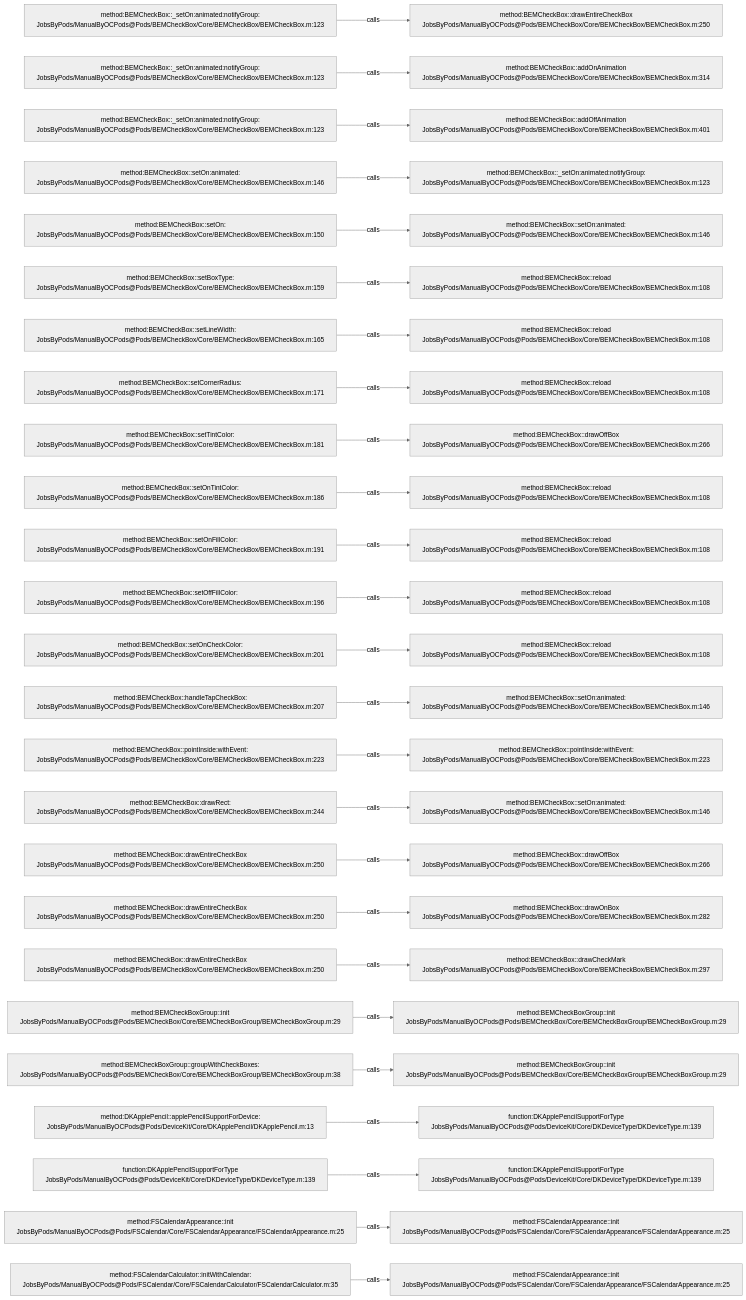
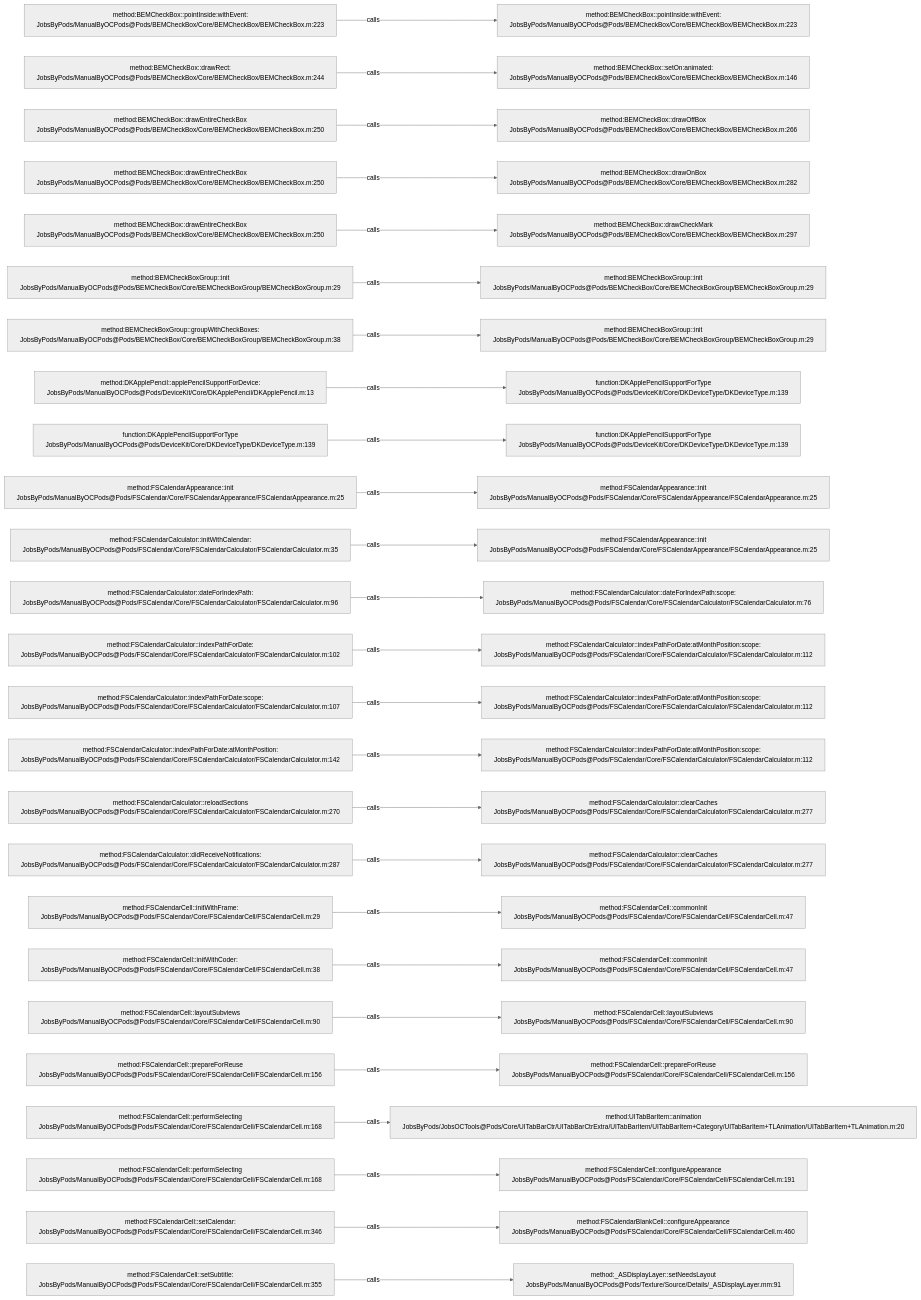
Before and after one commit to JobsKits/JobsOCBaseConfigDemo: the diagram in .codegraph/codegraph.md/graphs/calls-018.md, drawn with Mermaid (neutral theme). The commit also changed 296 other files, not shown here.

````diff
--- a/.codegraph/codegraph.md/graphs/calls-018.md
+++ b/.codegraph/codegraph.md/graphs/calls-018.md
@@ -13,78 +13,78 @@
 ```mermaid
 flowchart LR
-  S1["method:BEMCheckBox::_setOn:animated:notifyGroup:<br/>JobsByPods/ManualByOCPods@Pods/BEMCheckBox/Core/BEMCheckBox/BEMCheckBox.m:123"]
-  T1["method:BEMCheckBox::drawEntireCheckBox<br/>JobsByPods/ManualByOCPods@Pods/BEMCheckBox/Core/BEMCheckBox/BEMCheckBox.m:250"]
+  S1["method:BEMCheckBox::pointInside:withEvent:<br/>JobsByPods/ManualByOCPods@Pods/BEMCheckBox/Core/BEMCheckBox/BEMCheckBox.m:223"]
+  T1["method:BEMCheckBox::pointInside:withEvent:<br/>JobsByPods/ManualByOCPods@Pods/BEMCheckBox/Core/BEMCheckBox/BEMCheckBox.m:223"]
   S1 -->|calls| T1
-  S2["method:BEMCheckBox::_setOn:animated:notifyGroup:<br/>JobsByPods/ManualByOCPods@Pods/BEMCheckBox/Core/BEMCheckBox/BEMCheckBox.m:123"]
-  T2["method:BEMCheckBox::addOnAnimation<br/>JobsByPods/ManualByOCPods@Pods/BEMCheckBox/Core/BEMCheckBox/BEMCheckBox.m:314"]
+  S2["method:BEMCheckBox::drawRect:<br/>JobsByPods/ManualByOCPods@Pods/BEMCheckBox/Core/BEMCheckBox/BEMCheckBox.m:244"]
+  T2["method:BEMCheckBox::setOn:animated:<br/>JobsByPods/ManualByOCPods@Pods/BEMCheckBox/Core/BEMCheckBox/BEMCheckBox.m:146"]
   S2 -->|calls| T2
-  S3["method:BEMCheckBox::_setOn:animated:notifyGroup:<br/>JobsByPods/ManualByOCPods@Pods/BEMCheckBox/Core/BEMCheckBox/BEMCheckBox.m:123"]
-  T3["method:BEMCheckBox::addOffAnimation<br/>JobsByPods/ManualByOCPods@Pods/BEMCheckBox/Core/BEMCheckBox/BEMCheckBox.m:401"]
+  S3["method:BEMCheckBox::drawEntireCheckBox<br/>JobsByPods/ManualByOCPods@Pods/BEMCheckBox/Core/BEMCheckBox/BEMCheckBox.m:250"]
+  T3["method:BEMCheckBox::drawOffBox<br/>JobsByPods/ManualByOCPods@Pods/BEMCheckBox/Core/BEMCheckBox/BEMCheckBox.m:266"]
   S3 -->|calls| T3
-  S4["method:BEMCheckBox::setOn:animated:<br/>JobsByPods/ManualByOCPods@Pods/BEMCheckBox/Core/BEMCheckBox/BEMCheckBox.m:146"]
-  T4["method:BEMCheckBox::_setOn:animated:notifyGroup:<br/>JobsByPods/ManualByOCPods@Pods/BEMCheckBox/Core/BEMCheckBox/BEMCheckBox.m:123"]
+  S4["method:BEMCheckBox::drawEntireCheckBox<br/>JobsByPods/ManualByOCPods@Pods/BEMCheckBox/Core/BEMCheckBox/BEMCheckBox.m:250"]
+  T4["method:BEMCheckBox::drawOnBox<br/>JobsByPods/ManualByOCPods@Pods/BEMCheckBox/Core/BEMCheckBox/BEMCheckBox.m:282"]
   S4 -->|calls| T4
-  S5["method:BEMCheckBox::setOn:<br/>JobsByPods/ManualByOCPods@Pods/BEMCheckBox/Core/BEMCheckBox/BEMCheckBox.m:150"]
-  T5["method:BEMCheckBox::setOn:animated:<br/>JobsByPods/ManualByOCPods@Pods/BEMCheckBox/Core/BEMCheckBox/BEMCheckBox.m:146"]
+  S5["method:BEMCheckBox::drawEntireCheckBox<br/>JobsByPods/ManualByOCPods@Pods/BEMCheckBox/Core/BEMCheckBox/BEMCheckBox.m:250"]
+  T5["method:BEMCheckBox::drawCheckMark<br/>JobsByPods/ManualByOCPods@Pods/BEMCheckBox/Core/BEMCheckBox/BEMCheckBox.m:297"]
   S5 -->|calls| T5
-  S6["method:BEMCheckBox::setBoxType:<br/>JobsByPods/ManualByOCPods@Pods/BEMCheckBox/Core/BEMCheckBox/BEMCheckBox.m:159"]
-  T6["method:BEMCheckBox::reload<br/>JobsByPods/ManualByOCPods@Pods/BEMCheckBox/Core/BEMCheckBox/BEMCheckBox.m:108"]
+  S6["method:BEMCheckBoxGroup::init<br/>JobsByPods/ManualByOCPods@Pods/BEMCheckBox/Core/BEMCheckBoxGroup/BEMCheckBoxGroup.m:29"]
+  T6["method:BEMCheckBoxGroup::init<br/>JobsByPods/ManualByOCPods@Pods/BEMCheckBox/Core/BEMCheckBoxGroup/BEMCheckBoxGroup.m:29"]
   S6 -->|calls| T6
-  S7["method:BEMCheckBox::setLineWidth:<br/>JobsByPods/ManualByOCPods@Pods/BEMCheckBox/Core/BEMCheckBox/BEMCheckBox.m:165"]
-  T7["method:BEMCheckBox::reload<br/>JobsByPods/ManualByOCPods@Pods/BEMCheckBox/Core/BEMCheckBox/BEMCheckBox.m:108"]
+  S7["method:BEMCheckBoxGroup::groupWithCheckBoxes:<br/>JobsByPods/ManualByOCPods@Pods/BEMCheckBox/Core/BEMCheckBoxGroup/BEMCheckBoxGroup.m:38"]
+  T7["method:BEMCheckBoxGroup::init<br/>JobsByPods/ManualByOCPods@Pods/BEMCheckBox/Core/BEMCheckBoxGroup/BEMCheckBoxGroup.m:29"]
   S7 -->|calls| T7
-  S8["method:BEMCheckBox::setCornerRadius:<br/>JobsByPods/ManualByOCPods@Pods/BEMCheckBox/Core/BEMCheckBox/BEMCheckBox.m:171"]
-  T8["method:BEMCheckBox::reload<br/>JobsByPods/ManualByOCPods@Pods/BEMCheckBox/Core/BEMCheckBox/BEMCheckBox.m:108"]
+  S8["method:DKApplePencil::applePencilSupportForDevice:<br/>JobsByPods/ManualByOCPods@Pods/DeviceKit/Core/DKApplePencil/DKApplePencil.m:13"]
+  T8["function:DKApplePencilSupportForType<br/>JobsByPods/ManualByOCPods@Pods/DeviceKit/Core/DKDeviceType/DKDeviceType.m:139"]
   S8 -->|calls| T8
-  S9["method:BEMCheckBox::setTintColor:<br/>JobsByPods/ManualByOCPods@Pods/BEMCheckBox/Core/BEMCheckBox/BEMCheckBox.m:181"]
-  T9["method:BEMCheckBox::drawOffBox<br/>JobsByPods/ManualByOCPods@Pods/BEMCheckBox/Core/BEMCheckBox/BEMCheckBox.m:266"]
+  S9["function:DKApplePencilSupportForType<br/>JobsByPods/ManualByOCPods@Pods/DeviceKit/Core/DKDeviceType/DKDeviceType.m:139"]
+  T9["function:DKApplePencilSupportForType<br/>JobsByPods/ManualByOCPods@Pods/DeviceKit/Core/DKDeviceType/DKDeviceType.m:139"]
   S9 -->|calls| T9
-  S10["method:BEMCheckBox::setOnTintColor:<br/>JobsByPods/ManualByOCPods@Pods/BEMCheckBox/Core/BEMCheckBox/BEMCheckBox.m:186"]
-  T10["method:BEMCheckBox::reload<br/>JobsByPods/ManualByOCPods@Pods/BEMCheckBox/Core/BEMCheckBox/BEMCheckBox.m:108"]
+  S10["method:FSCalendarAppearance::init<br/>JobsByPods/ManualByOCPods@Pods/FSCalendar/Core/FSCalendarAppearance/FSCalendarAppearance.m:25"]
+  T10["method:FSCalendarAppearance::init<br/>JobsByPods/ManualByOCPods@Pods/FSCalendar/Core/FSCalendarAppearance/FSCalendarAppearance.m:25"]
   S10 -->|calls| T10
-  S11["method:BEMCheckBox::setOnFillColor:<br/>JobsByPods/ManualByOCPods@Pods/BEMCheckBox/Core/BEMCheckBox/BEMCheckBox.m:191"]
-  T11["method:BEMCheckBox::reload<br/>JobsByPods/ManualByOCPods@Pods/BEMCheckBox/Core/BEMCheckBox/BEMCheckBox.m:108"]
+  S11["method:FSCalendarCalculator::initWithCalendar:<br/>JobsByPods/ManualByOCPods@Pods/FSCalendar/Core/FSCalendarCalculator/FSCalendarCalculator.m:35"]
+  T11["method:FSCalendarAppearance::init<br/>JobsByPods/ManualByOCPods@Pods/FSCalendar/Core/FSCalendarAppearance/FSCalendarAppearance.m:25"]
   S11 -->|calls| T11
-  S12["method:BEMCheckBox::setOffFillColor:<br/>JobsByPods/ManualByOCPods@Pods/BEMCheckBox/Core/BEMCheckBox/BEMCheckBox.m:196"]
-  T12["method:BEMCheckBox::reload<br/>JobsByPods/ManualByOCPods@Pods/BEMCheckBox/Core/BEMCheckBox/BEMCheckBox.m:108"]
+  S12["method:FSCalendarCalculator::dateForIndexPath:<br/>JobsByPods/ManualByOCPods@Pods/FSCalendar/Core/FSCalendarCalculator/FSCalendarCalculator.m:96"]
+  T12["method:FSCalendarCalculator::dateForIndexPath:scope:<br/>JobsByPods/ManualByOCPods@Pods/FSCalendar/Core/FSCalendarCalculator/FSCalendarCalculator.m:76"]
   S12 -->|calls| T12
-  S13["method:BEMCheckBox::setOnCheckColor:<br/>JobsByPods/ManualByOCPods@Pods/BEMCheckBox/Core/BEMCheckBox/BEMCheckBox.m:201"]
-  T13["method:BEMCheckBox::reload<br/>JobsByPods/ManualByOCPods@Pods/BEMCheckBox/Core/BEMCheckBox/BEMCheckBox.m:108"]
+  S13["method:FSCalendarCalculator::indexPathForDate:<br/>JobsByPods/ManualByOCPods@Pods/FSCalendar/Core/FSCalendarCalculator/FSCalendarCalculator.m:102"]
+  T13["method:FSCalendarCalculator::indexPathForDate:atMonthPosition:scope:<br/>JobsByPods/ManualByOCPods@Pods/FSCalendar/Core/FSCalendarCalculator/FSCalendarCalculator.m:112"]
   S13 -->|calls| T13
-  S14["method:BEMCheckBox::handleTapCheckBox:<br/>JobsByPods/ManualByOCPods@Pods/BEMCheckBox/Core/BEMCheckBox/BEMCheckBox.m:207"]
-  T14["method:BEMCheckBox::setOn:animated:<br/>JobsByPods/ManualByOCPods@Pods/BEMCheckBox/Core/BEMCheckBox/BEMCheckBox.m:146"]
+  S14["method:FSCalendarCalculator::indexPathForDate:scope:<br/>JobsByPods/ManualByOCPods@Pods/FSCalendar/Core/FSCalendarCalculator/FSCalendarCalculator.m:107"]
+  T14["method:FSCalendarCalculator::indexPathForDate:atMonthPosition:scope:<br/>JobsByPods/ManualByOCPods@Pods/FSCalendar/Core/FSCalendarCalculator/FSCalendarCalculator.m:112"]
   S14 -->|calls| T14
-  S15["method:BEMCheckBox::pointInside:withEvent:<br/>JobsByPods/ManualByOCPods@Pods/BEMCheckBox/Core/BEMCheckBox/BEMCheckBox.m:223"]
-  T15["method:BEMCheckBox::pointInside:withEvent:<br/>JobsByPods/ManualByOCPods@Pods/BEMCheckBox/Core/BEMCheckBox/BEMCheckBox.m:223"]
+  S15["method:FSCalendarCalculator::indexPathForDate:atMonthPosition:<br/>JobsByPods/ManualByOCPods@Pods/FSCalendar/Core/FSCalendarCalculator/FSCalendarCalculator.m:142"]
+  T15["method:FSCalendarCalculator::indexPathForDate:atMonthPosition:scope:<br/>JobsByPods/ManualByOCPods@Pods/FSCalendar/Core/FSCalendarCalculator/FSCalendarCalculator.m:112"]
   S15 -->|calls| T15
-  S16["method:BEMCheckBox::drawRect:<br/>JobsByPods/ManualByOCPods@Pods/BEMCheckBox/Core/BEMCheckBox/BEMCheckBox.m:244"]
-  T16["method:BEMCheckBox::setOn:animated:<br/>JobsByPods/ManualByOCPods@Pods/BEMCheckBox/Core/BEMCheckBox/BEMCheckBox.m:146"]
+  S16["method:FSCalendarCalculator::reloadSections<br/>JobsByPods/ManualByOCPods@Pods/FSCalendar/Core/FSCalendarCalculator/FSCalendarCalculator.m:270"]
+  T16["method:FSCalendarCalculator::clearCaches<br/>JobsByPods/ManualByOCPods@Pods/FSCalendar/Core/FSCalendarCalculator/FSCalendarCalculator.m:277"]
   S16 -->|calls| T16
-  S17["method:BEMCheckBox::drawEntireCheckBox<br/>JobsByPods/ManualByOCPods@Pods/BEMCheckBox/Core/BEMCheckBox/BEMCheckBox.m:250"]
-  T17["method:BEMCheckBox::drawOffBox<br/>JobsByPods/ManualByOCPods@Pods/BEMCheckBox/Core/BEMCheckBox/BEMCheckBox.m:266"]
+  S17["method:FSCalendarCalculator::didReceiveNotifications:<br/>JobsByPods/ManualByOCPods@Pods/FSCalendar/Core/FSCalendarCalculator/FSCalendarCalculator.m:287"]
+  T17["method:FSCalendarCalculator::clearCaches<br/>JobsByPods/ManualByOCPods@Pods/FSCalendar/Core/FSCalendarCalculator/FSCalendarCalculator.m:277"]
   S17 -->|calls| T17
-  S18["method:BEMCheckBox::drawEntireCheckBox<br/>JobsByPods/ManualByOCPods@Pods/BEMCheckBox/Core/BEMCheckBox/BEMCheckBox.m:250"]
-  T18["method:BEMCheckBox::drawOnBox<br/>JobsByPods/ManualByOCPods@Pods/BEMCheckBox/Core/BEMCheckBox/BEMCheckBox.m:282"]
+  S18["method:FSCalendarCell::initWithFrame:<br/>JobsByPods/ManualByOCPods@Pods/FSCalendar/Core/FSCalendarCell/FSCalendarCell.m:29"]
+  T18["method:FSCalendarCell::commonInit<br/>JobsByPods/ManualByOCPods@Pods/FSCalendar/Core/FSCalendarCell/FSCalendarCell.m:47"]
   S18 -->|calls| T18
-  S19["method:BEMCheckBox::drawEntireCheckBox<br/>JobsByPods/ManualByOCPods@Pods/BEMCheckBox/Core/BEMCheckBox/BEMCheckBox.m:250"]
-  T19["method:BEMCheckBox::drawCheckMark<br/>JobsByPods/ManualByOCPods@Pods/BEMCheckBox/Core/BEMCheckBox/BEMCheckBox.m:297"]
+  S19["method:FSCalendarCell::initWithCoder:<br/>JobsByPods/ManualByOCPods@Pods/FSCalendar/Core/FSCalendarCell/FSCalendarCell.m:38"]
+  T19["method:FSCalendarCell::commonInit<br/>JobsByPods/ManualByOCPods@Pods/FSCalendar/Core/FSCalendarCell/FSCalendarCell.m:47"]
   S19 -->|calls| T19
-  S20["method:BEMCheckBoxGroup::init<br/>JobsByPods/ManualByOCPods@Pods/BEMCheckBox/Core/BEMCheckBoxGroup/BEMCheckBoxGroup.m:29"]
-  T20["method:BEMCheckBoxGroup::init<br/>JobsByPods/ManualByOCPods@Pods/BEMCheckBox/Core/BEMCheckBoxGroup/BEMCheckBoxGroup.m:29"]
+  S20["method:FSCalendarCell::layoutSubviews<br/>JobsByPods/ManualByOCPods@Pods/FSCalendar/Core/FSCalendarCell/FSCalendarCell.m:90"]
+  T20["method:FSCalendarCell::layoutSubviews<br/>JobsByPods/ManualByOCPods@Pods/FSCalendar/Core/FSCalendarCell/FSCalendarCell.m:90"]
   S20 -->|calls| T20
-  S21["method:BEMCheckBoxGroup::groupWithCheckBoxes:<br/>JobsByPods/ManualByOCPods@Pods/BEMCheckBox/Core/BEMCheckBoxGroup/BEMCheckBoxGroup.m:38"]
-  T21["method:BEMCheckBoxGroup::init<br/>JobsByPods/ManualByOCPods@Pods/BEMCheckBox/Core/BEMCheckBoxGroup/BEMCheckBoxGroup.m:29"]
+  S21["method:FSCalendarCell::prepareForReuse<br/>JobsByPods/ManualByOCPods@Pods/FSCalendar/Core/FSCalendarCell/FSCalendarCell.m:156"]
+  T21["method:FSCalendarCell::prepareForReuse<br/>JobsByPods/ManualByOCPods@Pods/FSCalendar/Core/FSCalendarCell/FSCalendarCell.m:156"]
   S21 -->|calls| T21
-  S22["method:DKApplePencil::applePencilSupportForDevice:<br/>JobsByPods/ManualByOCPods@Pods/DeviceKit/Core/DKApplePencil/DKApplePencil.m:13"]
-  T22["function:DKApplePencilSupportForType<br/>JobsByPods/ManualByOCPods@Pods/DeviceKit/Core/DKDeviceType/DKDeviceType.m:139"]
+  S22["method:FSCalendarCell::performSelecting<br/>JobsByPods/ManualByOCPods@Pods/FSCalendar/Core/FSCalendarCell/FSCalendarCell.m:168"]
+  T22["method:UITabBarItem::animation<br/>JobsByPods/JobsOCTools@Pods/Core/UITabBarCtr/UITabBarCtrExtra/UITabBarItem/UITabBarItem+Category/UITabBarItem+TLAnimation/UITabBarItem+TLAnimation.m:20"]
   S22 -->|calls| T22
-  S23["function:DKApplePencilSupportForType<br/>JobsByPods/ManualByOCPods@Pods/DeviceKit/Core/DKDeviceType/DKDeviceType.m:139"]
-  T23["function:DKApplePencilSupportForType<br/>JobsByPods/ManualByOCPods@Pods/DeviceKit/Core/DKDeviceType/DKDeviceType.m:139"]
+  S23["method:FSCalendarCell::performSelecting<br/>JobsByPods/ManualByOCPods@Pods/FSCalendar/Core/FSCalendarCell/FSCalendarCell.m:168"]
+  T23["method:FSCalendarCell::configureAppearance<br/>JobsByPods/ManualByOCPods@Pods/FSCalendar/Core/FSCalendarCell/FSCalendarCell.m:191"]
   S23 -->|calls| T23
-  S24["method:FSCalendarAppearance::init<br/>JobsByPods/ManualByOCPods@Pods/FSCalendar/Core/FSCalendarAppearance/FSCalendarAppearance.m:25"]
-  T24["method:FSCalendarAppearance::init<br/>JobsByPods/ManualByOCPods@Pods/FSCalendar/Core/FSCalendarAppearance/FSCalendarAppearance.m:25"]
+  S24["method:FSCalendarCell::setCalendar:<br/>JobsByPods/ManualByOCPods@Pods/FSCalendar/Core/FSCalendarCell/FSCalendarCell.m:346"]
+  T24["method:FSCalendarBlankCell::configureAppearance<br/>JobsByPods/ManualByOCPods@Pods/FSCalendar/Core/FSCalendarCell/FSCalendarCell.m:460"]
   S24 -->|calls| T24
-  S25["method:FSCalendarCalculator::initWithCalendar:<br/>JobsByPods/ManualByOCPods@Pods/FSCalendar/Core/FSCalendarCalculator/FSCalendarCalculator.m:35"]
-  T25["method:FSCalendarAppearance::init<br/>JobsByPods/ManualByOCPods@Pods/FSCalendar/Core/FSCalendarAppearance/FSCalendarAppearance.m:25"]
+  S25["method:FSCalendarCell::setSubtitle:<br/>JobsByPods/ManualByOCPods@Pods/FSCalendar/Core/FSCalendarCell/FSCalendarCell.m:355"]
+  T25["method:_ASDisplayLayer::setNeedsLayout<br/>JobsByPods/ManualByOCPods@Pods/Texture/Source/Details/_ASDisplayLayer.mm:91"]
   S25 -->|calls| T25
 ```
````
